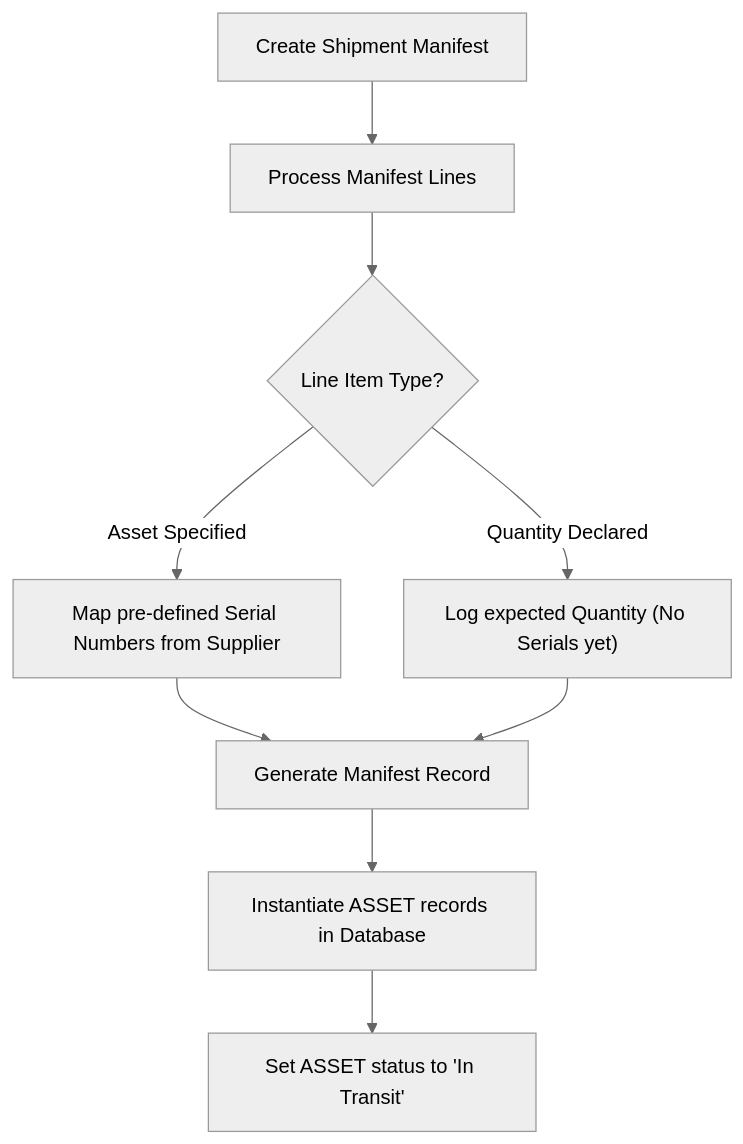
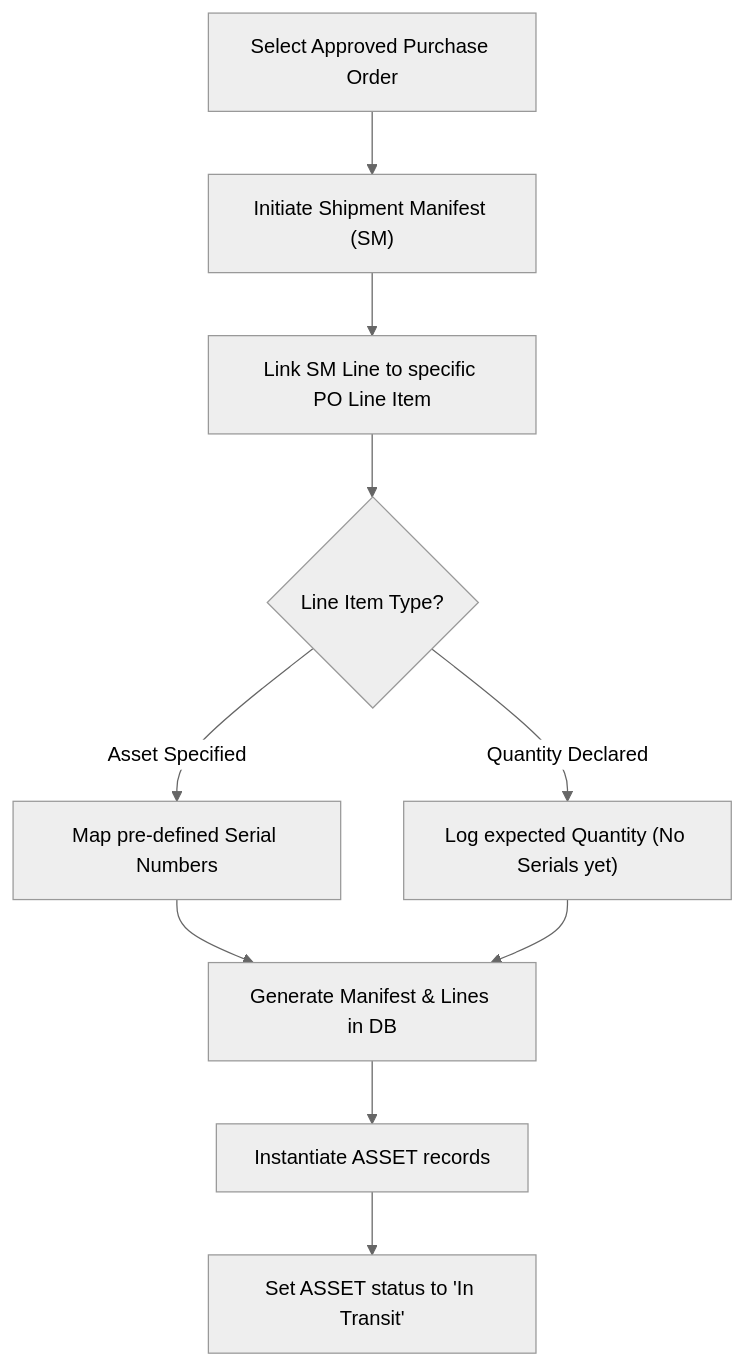
The fourth of 5 diagrams in README.md (Khiem2112/inventory-management-app), drawn with Mermaid (neutral theme) before and after one commit. The commit also changed other lines of this file, not shown here.

Commit message:
Enhance README with Tech Stack and feature details
Added a Tech Stack Overview section detailing the technologies used in the project, including frontend, backend, database, and infrastructure. Expanded on the JWT Auto-Refresh Sequence and Shipment Manifest Creation Flow to enhance clarity and detail.

````diff
--- a/README.md
+++ b/README.md
@@ -228,11 +237,12 @@
 ```mermaid
 flowchart TD
-    A[Create Shipment Manifest] --> B[Process Manifest Lines]
-    B --> C{Line Item Type?}
-    C -- Asset Specified --> D[Map pre-defined Serial Numbers from Supplier]
-    C -- Quantity Declared --> E["Log expected Quantity (No Serials yet)"]
-    D --> F[Generate Manifest Record]
-    E --> F
-    F --> G[Instantiate ASSET records in Database]
-    G --> H["Set ASSET status to 'In Transit'"]
+    A["Select Approved Purchase Order"] --> B["Initiate Shipment Manifest (SM)"]
+    B --> C["Link SM Line to specific PO Line Item"]
+    C --> D{"Line Item Type?"}
+    D -- Asset Specified --> E["Map pre-defined Serial Numbers"]
+    D -- Quantity Declared --> F["Log expected Quantity (No Serials yet)"]
+    E --> G["Generate Manifest & Lines in DB"]
+    F --> G
+    G --> H["Instantiate ASSET records"]
+    H --> I["Set ASSET status to 'In Transit'"]
 ```
````
